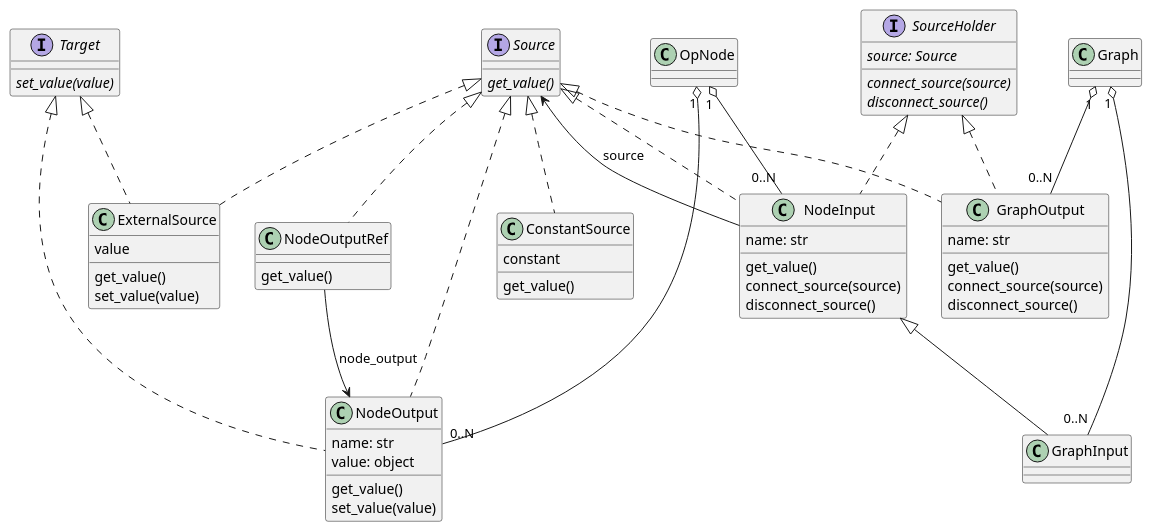
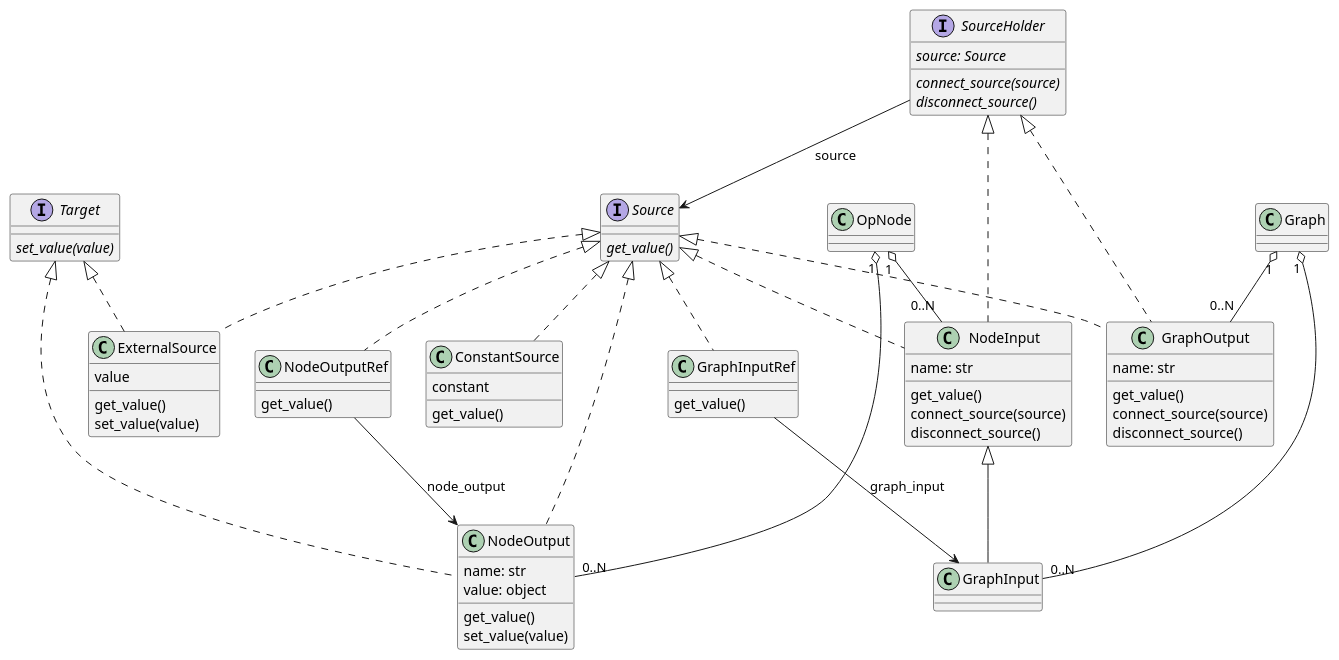
The diagram in doc/source/uml/workflow_details.puml (CCI-Tools/cate), drawn with PlantUML before and after one commit.

Commit message:
updated UML according to workflow API refactorings

```diff
--- a/doc/source/uml/workflow_details.puml
+++ b/doc/source/uml/workflow_details.puml
@@ -1,72 +1,76 @@
 @startuml
 
 interface Source {
     {abstract} get_value()
 }
 
 interface Target {
     {abstract} set_value(value)
 }
 
 interface SourceHolder {
     {abstract} source: Source
     {abstract} connect_source(source)
     {abstract} disconnect_source()
 }
 
 class ConstantSource implements Source {
     constant
     get_value()
 }
 
 class ExternalSource implements Source, Target {
     value
     get_value()
     set_value(value)
+}
+
+class GraphInputRef implements Source {
+    get_value()
 }
 
 class NodeOutputRef implements Source {
     get_value()
 }
 
 class OpNode {
 }
 
 class NodeInput implements Source, SourceHolder {
     name: str
     get_value()
     connect_source(source)
     disconnect_source()
 }
 
 class NodeOutput implements Source, Target {
     name: str
     value: object
     get_value()
     set_value(value)
 }
 
 class Graph {
 }
 
 class GraphInput extends NodeInput {
 }
 
 class GraphOutput implements Source, SourceHolder {
     name: str
     get_value()
     connect_source(source)
     disconnect_source()
 }
 
-
+GraphInputRef --> GraphInput : graph_input
 NodeOutputRef --> NodeOutput : node_output
-NodeInput --> Source : source
+SourceHolder --> Source : source
 
 OpNode "1" o-- "0..N" NodeInput
 OpNode "1" o-- "0..N" NodeOutput
 
 Graph "1" o-- "0..N" GraphInput
 Graph "1" o-- "0..N" GraphOutput
 
 @enduml
```
